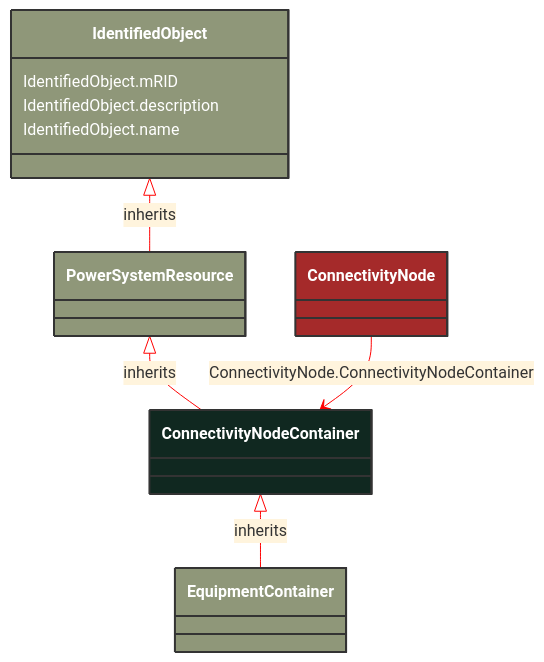
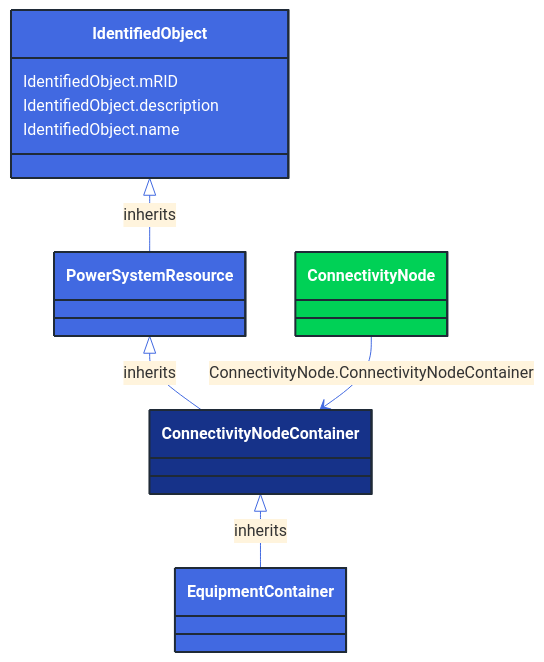
Before and after one commit to 3lbits/NoCIMExtensions: the diagram in docs/Models/Profiles/EquipmentBoundary/AbstractClasses/ConnectivityNodeContainer.md, drawn with Mermaid. The commit also changed 362 other files, not shown here.

First line of the commit message:
Update diagrams and styles for improved visual consistency

````diff
--- a/docs/Models/Profiles/EquipmentBoundary/AbstractClasses/ConnectivityNodeContainer.md
+++ b/docs/Models/Profiles/EquipmentBoundary/AbstractClasses/ConnectivityNodeContainer.md
@@ -10,33 +10,33 @@
 ```mermaid
-%%{init: {'theme':'base','themeVariables': {'lineColor': '#FF0000'}}}%%
+%%{init: {'theme':'base','themeVariables': {'lineColor': '#4169E1'}}}%%
 classDiagram
     class ConnectivityNodeContainer
     click ConnectivityNodeContainer href "/Models/Profiles/EquipmentBoundary/AbstractClasses/ConnectivityNodeContainer/"
-    style ConnectivityNodeContainer fill:#102820,stroke:#333,stroke-width:2px,rx:10,ry:10,color:white
+    style ConnectivityNodeContainer fill:#163289,stroke:#1F2A37,stroke-width:2px,rx:10,ry:10,color:white
 
         ConnectivityNodeContainer <|-- EquipmentContainer : inherits
 
         EquipmentContainer
             click EquipmentContainer href "/Models/Profiles/EquipmentBoundary/AbstractClasses/EquipmentContainer/"
-            style EquipmentContainer fill:#8F9779,stroke:#333,stroke-width:2px,rx:10,ry:10,color:white
+            style EquipmentContainer fill:#4169E1,stroke:#1F2A37,stroke-width:2px,rx:10,ry:10,color:white
      
         PowerSystemResource <|-- ConnectivityNodeContainer : inherits
             click PowerSystemResource href "/Models/Profiles/EquipmentBoundary/AbstractClasses/PowerSystemResource/"
-            style PowerSystemResource fill:#8F9779,stroke:#333,stroke-width:2px,rx:10,ry:10,color:white
+            style PowerSystemResource fill:#4169E1,stroke:#1F2A37,stroke-width:2px,rx:10,ry:10,color:white
      
         IdentifiedObject <|-- PowerSystemResource : inherits
             click IdentifiedObject href "/Models/Profiles/EquipmentBoundary/AbstractClasses/IdentifiedObject/"
-            style IdentifiedObject fill:#8F9779,stroke:#333,stroke-width:2px,rx:10,ry:10,color:white
+            style IdentifiedObject fill:#4169E1,stroke:#1F2A37,stroke-width:2px,rx:10,ry:10,color:white
 
 
         ConnectivityNode --> ConnectivityNodeContainer : ConnectivityNode.ConnectivityNodeContainer
 
         ConnectivityNode
             click ConnectivityNode href "/Models/Profiles/EquipmentBoundary/ConcreteClasses/ConnectivityNode/"
-            style ConnectivityNode fill:#A52A2A,stroke:#333,stroke-width:2px,rx:10,ry:10,color:white
+            style ConnectivityNode fill:#00D156,stroke:#1F2A37,stroke-width:2px,rx:10,ry:10,color:white
 
 
         IdentifiedObject : IdentifiedObject.mRID
         IdentifiedObject : IdentifiedObject.description
         IdentifiedObject : IdentifiedObject.name
 ```
````
